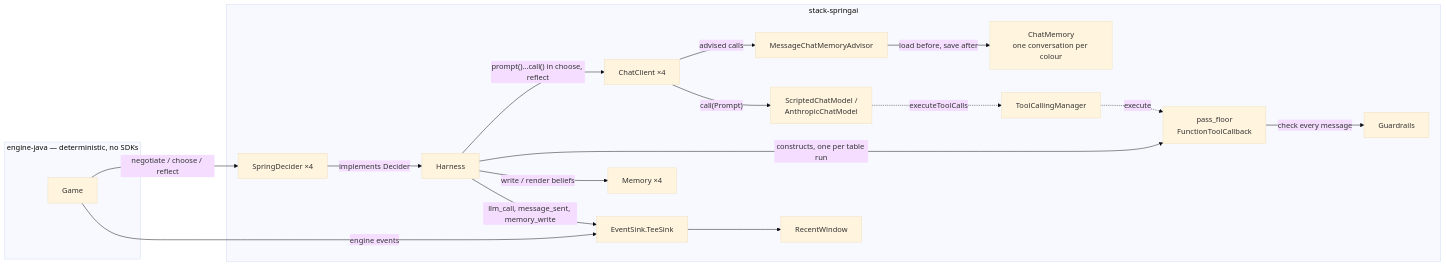
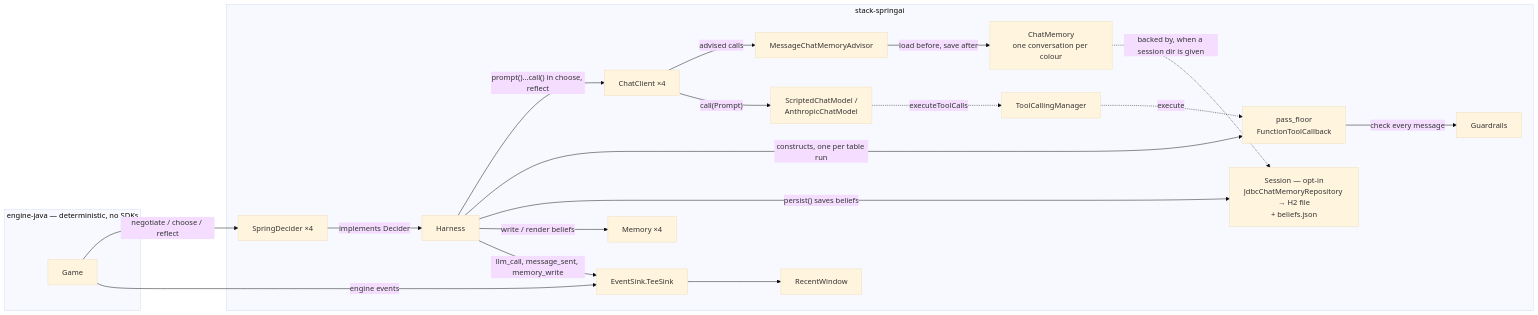
Before and after one commit to itamittech/llmeval: diagram 18 of 20 in docs/projects/ludo/class-design.md, drawn with Mermaid (base theme). The commit also changed other lines of this file and 10 other files, not shown here.

````diff
--- a/docs/projects/ludo/class-design.md
+++ b/docs/projects/ludo/class-design.md
@@ -1194,36 +1194,39 @@
 ```mermaid
 flowchart LR
     subgraph eng ["engine-java — deterministic, no SDKs"]
         JG["Game"]
     end
 
     subgraph spring ["stack-springai"]
         SD["SpringDecider ×4"]
         HA["Harness"]
         CC["ChatClient ×4"]
         ADV["MessageChatMemoryAdvisor"]
         CM["ChatMemory<br/>one conversation per colour"]
         PF["pass_floor<br/>FunctionToolCallback"]
         TCM["ToolCallingManager"]
         SCM["ScriptedChatModel /<br/>AnthropicChatModel"]
         GR["Guardrails"]
         MEM["Memory ×4"]
+        SES["Session — opt-in<br/>JdbcChatMemoryRepository → H2 file<br/>+ beliefs.json"]
         TEE["EventSink.TeeSink"]
         WIN["RecentWindow"]
     end
 
     JG -- "negotiate / choose / reflect" --> SD
     SD -- "implements Decider" --> HA
     HA -- "prompt()…call() in choose, reflect" --> CC
     HA -- "constructs, one per table run" --> PF
     CC -- "advised calls" --> ADV
     ADV -- "load before, save after" --> CM
+    CM -. "backed by, when a session dir is given" .-> SES
+    HA -- "persist() saves beliefs" --> SES
     CC -- "call(Prompt)" --> SCM
     SCM -. "executeToolCalls" .-> TCM
     TCM -. "execute" .-> PF
     PF -- "check every message" --> GR
     HA -- "write / render beliefs" --> MEM
     JG -- "engine events" --> TEE
     HA -- "llm_call, message_sent, memory_write" --> TEE
     TEE --> WIN
 ```
````
